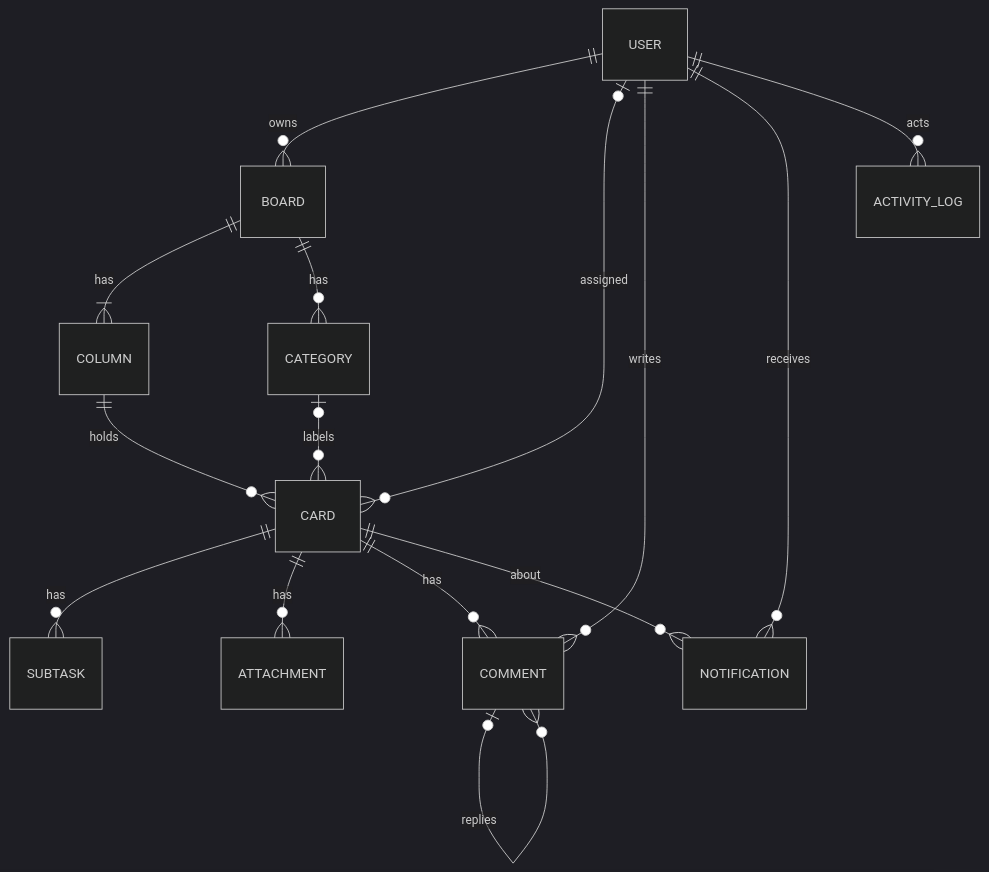
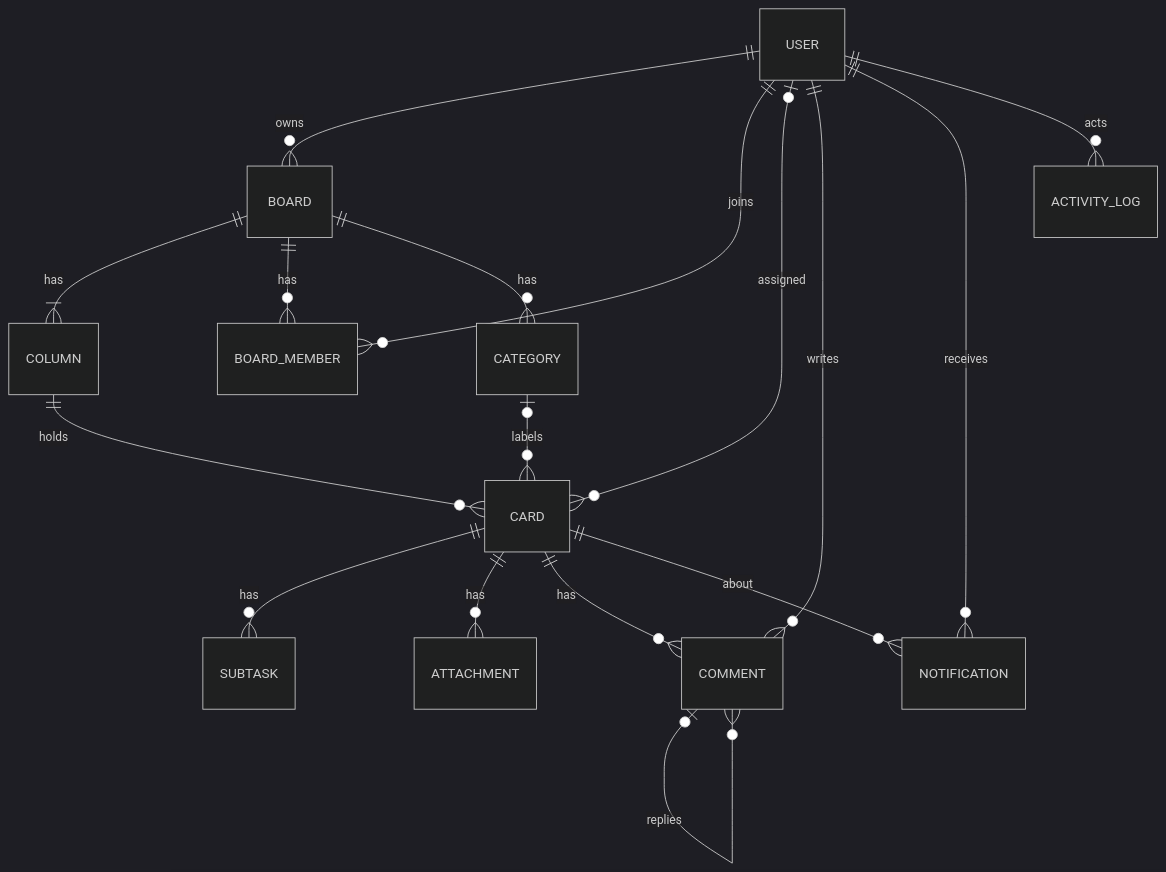
The third of 3 diagrams in .kiro/specs/design.md (MuhammadIsmailHasan/module-4-MuhammadIsmailHasan), drawn with Mermaid (dark theme) before and after one commit. The commit also changed other lines of this file and 41 other files, not shown here.

````diff
--- a/.kiro/specs/design.md
+++ b/.kiro/specs/design.md
@@ -241,17 +316,19 @@
 ```mermaid
 erDiagram
   USER ||--o{ BOARD : owns
   BOARD ||--|{ COLUMN : has
+  BOARD ||--o{ BOARD_MEMBER : has
+  USER ||--o{ BOARD_MEMBER : joins
   BOARD ||--o{ CATEGORY : has
   COLUMN ||--o{ CARD : holds
   CATEGORY |o--o{ CARD : labels
   USER |o--o{ CARD : assigned
   CARD ||--o{ SUBTASK : has
   CARD ||--o{ ATTACHMENT : has
   CARD ||--o{ COMMENT : has
   COMMENT |o--o{ COMMENT : replies
   USER ||--o{ COMMENT : writes
   USER ||--o{ NOTIFICATION : receives
   CARD ||--o{ NOTIFICATION : about
   USER ||--o{ ACTIVITY_LOG : acts
 ```
````
